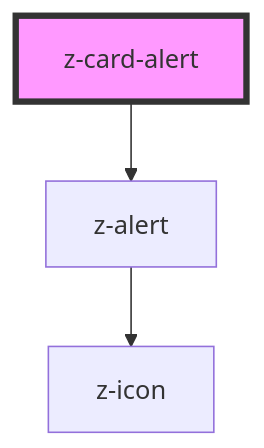
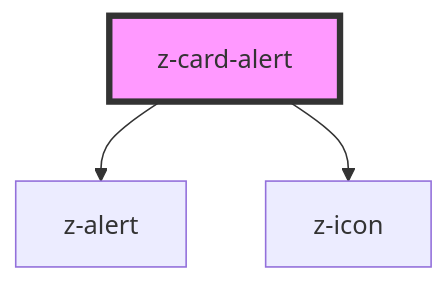
Before and after one commit to ZanichelliEditore/design-system: the diagram in src/components/card/z-card-alert/readme.md, drawn with Mermaid. The commit also changed other lines of this file and 8 other files, not shown here.

Commit message:
MYZ-7050 fix z-card-alert

````diff
--- a/src/components/card/z-card-alert/readme.md
+++ b/src/components/card/z-card-alert/readme.md
@@ -33,6 +41,6 @@
 ```mermaid
 graph TD;
   z-card-alert --> z-alert
-  z-alert --> z-icon
+  z-card-alert --> z-icon
   style z-card-alert fill:#f9f,stroke:#333,stroke-width:4px
 ```
````
